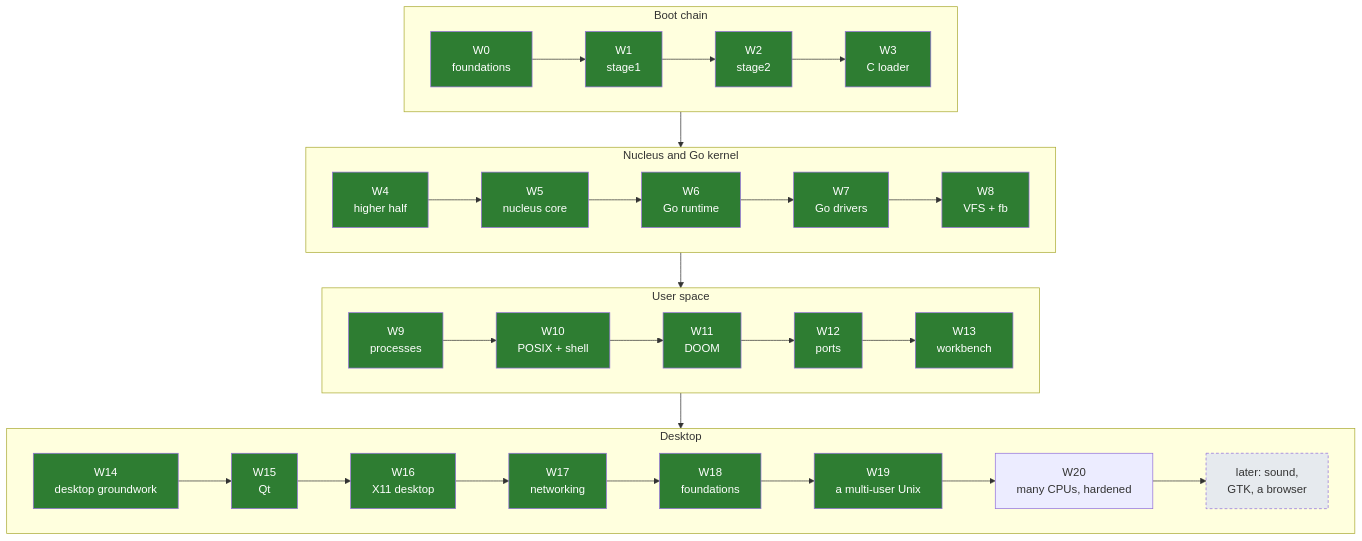
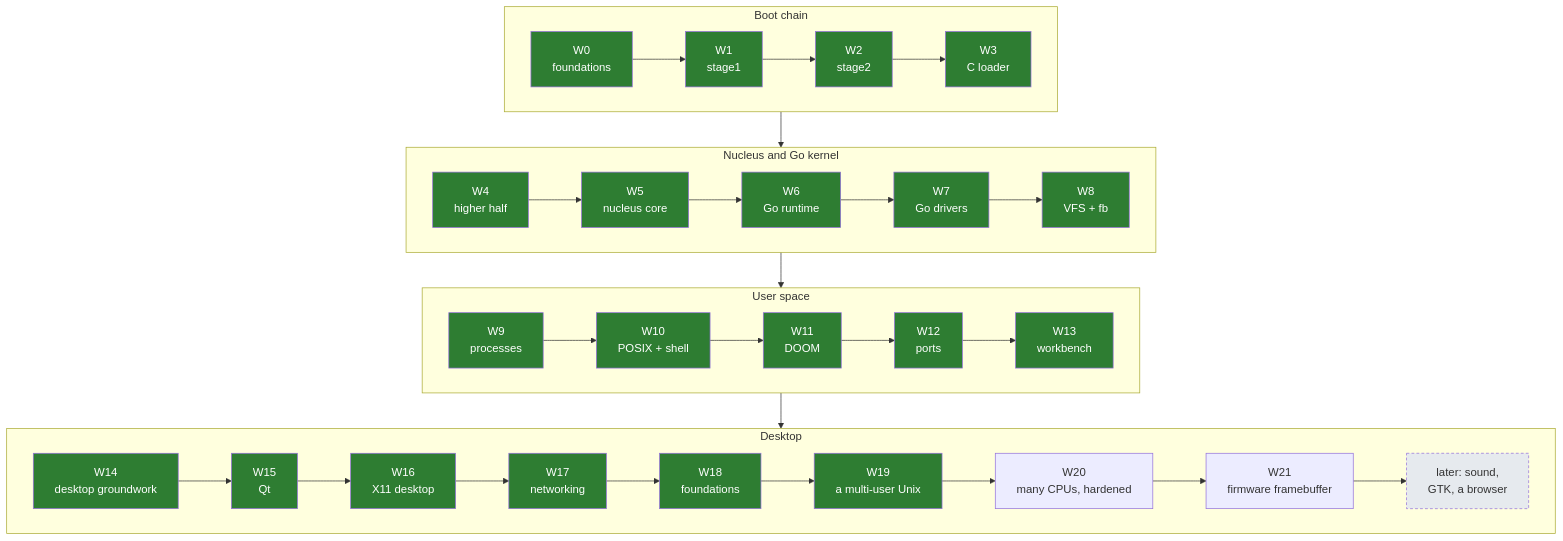
One commit to decagondev/burrow changed the diagram in docs/04-plan/ROADMAP.md. Above: the diagram before and after it, drawn with Mermaid. The commit also changed other lines of this file and 3 other files, not shown here.

Commit message:
Plan Wave 21: a firmware framebuffer

````diff
--- a/docs/04-plan/ROADMAP.md
+++ b/docs/04-plan/ROADMAP.md
@@ -29,25 +30,25 @@
 ```mermaid
 flowchart TB
     subgraph boot["Boot chain"]
         direction LR
         W0["W0<br/>foundations"] --> W1["W1<br/>stage1"] --> W2["W2<br/>stage2"] --> W3["W3<br/>C loader"]
     end
     subgraph core["Nucleus and Go kernel"]
         direction LR
         W4["W4<br/>higher half"] --> W5["W5<br/>nucleus core"] --> W6["W6<br/>Go runtime"] --> W7["W7<br/>Go drivers"] --> W8["W8<br/>VFS + fb"]
     end
     subgraph unix["User space"]
         direction LR
         W9["W9<br/>processes"] --> W10["W10<br/>POSIX + shell"] --> W11["W11<br/>DOOM"] --> W12["W12<br/>ports"] --> W13["W13<br/>workbench"]
     end
     subgraph desk["Desktop"]
         direction LR
-        W14["W14<br/>desktop groundwork"] --> W15["W15<br/>Qt"] --> W16["W16<br/>X11 desktop"] --> W17["W17<br/>networking"] --> W18["W18<br/>foundations"] --> W19["W19<br/>a multi-user Unix"] --> W20["W20<br/>many CPUs, hardened"] --> X["later: sound,<br/>GTK, a browser"]
+        W14["W14<br/>desktop groundwork"] --> W15["W15<br/>Qt"] --> W16["W16<br/>X11 desktop"] --> W17["W17<br/>networking"] --> W18["W18<br/>foundations"] --> W19["W19<br/>a multi-user Unix"] --> W20["W20<br/>many CPUs, hardened"] --> W21["W21<br/>firmware framebuffer"] --> X["later: sound,<br/>GTK, a browser"]
     end
     boot --> core --> unix --> desk
     classDef done fill:#2e7d32,color:#fff;
     classDef next fill:#f9a825,color:#000;
     classDef later fill:#e6eaee,color:#333,stroke-dasharray: 4 3;
     class W0,W1,W2,W3,W4,W5,W6,W7,W8,W9,W10,W11,W12,W13,W14,W15,W16,W17,W18,W19 done;
     class X later;
 ```
````
